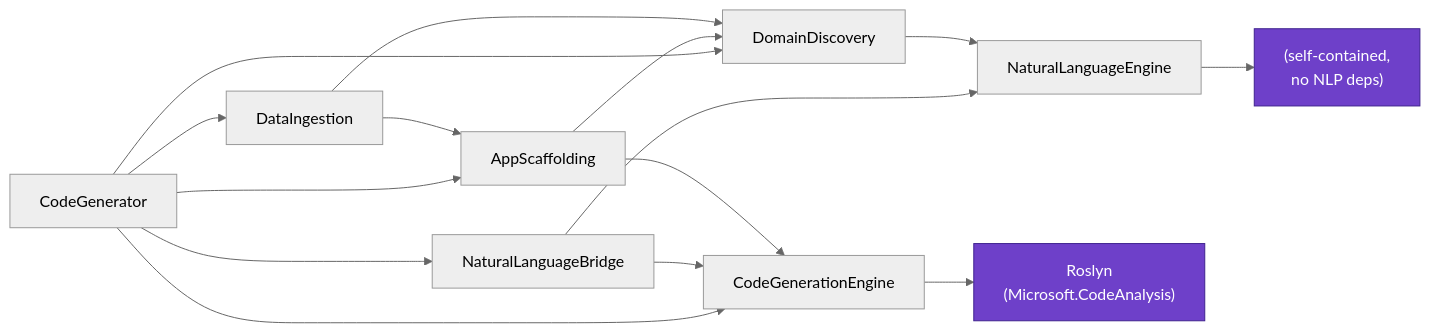
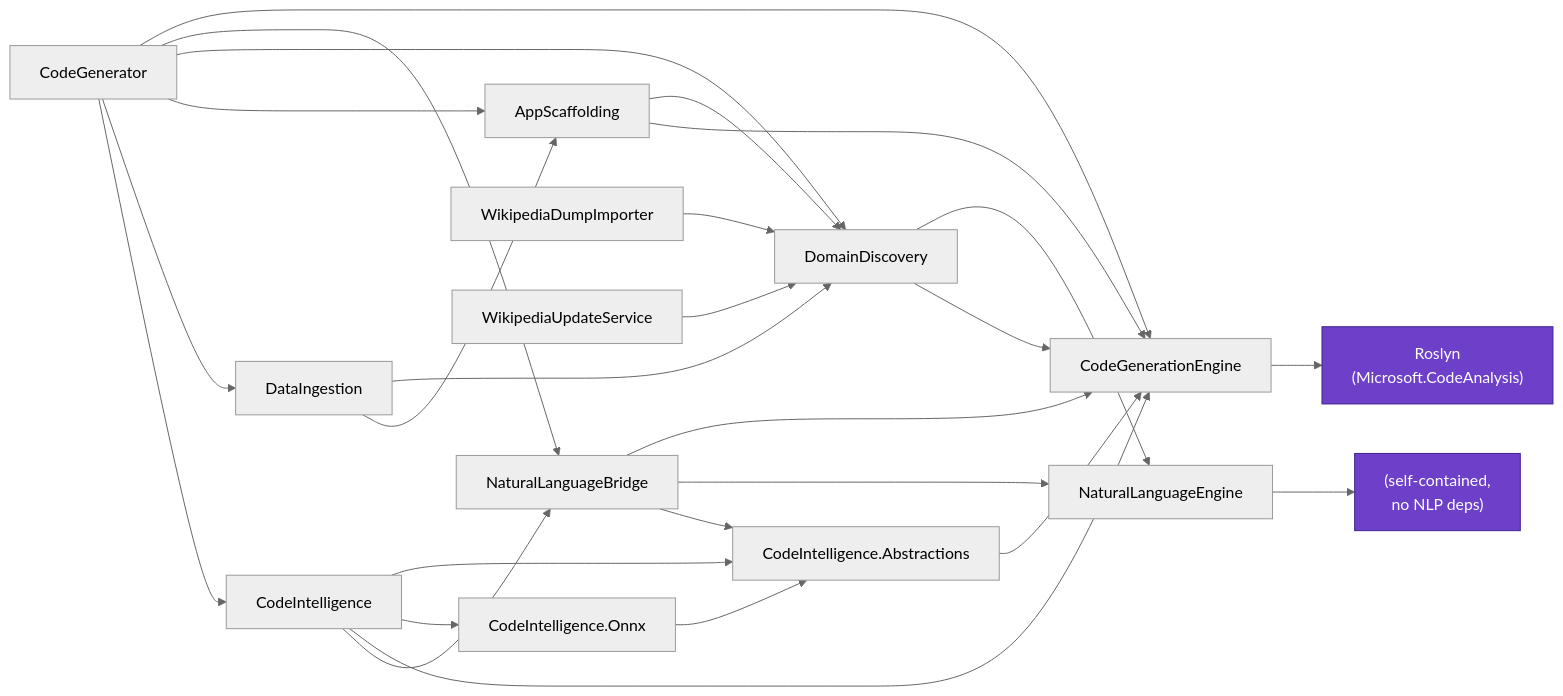
The third of 7 diagrams in docs/architecture.md (rohit-sharma444/SmartCodeGenerator), drawn with Mermaid (neutral theme) before and after one commit. The commit also changed other lines of this file, not shown here.

First line of the commit message:
docs(architecture): add Ollama, the built-in domains and the AI layer

````diff
--- a/docs/architecture.md
+++ b/docs/architecture.md
@@ -236,20 +277,31 @@
 ```mermaid
 flowchart LR
     CodeGenerator --> CodeGenerationEngine
     CodeGenerator --> NaturalLanguageBridge
     CodeGenerator --> DomainDiscovery
     CodeGenerator --> AppScaffolding
     CodeGenerator --> DataIngestion
+    CodeGenerator --> CodeIntelligence
     NaturalLanguageBridge --> CodeGenerationEngine
     NaturalLanguageBridge --> NaturalLanguageEngine
+    NaturalLanguageBridge --> CodeIntelligence.Abstractions
+    CodeIntelligence --> CodeIntelligence.Abstractions
+    CodeIntelligence --> CodeIntelligence.Onnx
+    CodeIntelligence --> CodeGenerationEngine
+    CodeIntelligence --> NaturalLanguageBridge
+    CodeIntelligence.Onnx --> CodeIntelligence.Abstractions
+    CodeIntelligence.Abstractions --> CodeGenerationEngine
     DomainDiscovery --> NaturalLanguageEngine
+    DomainDiscovery --> CodeGenerationEngine
+    WikipediaDumpImporter --> DomainDiscovery
+    WikipediaUpdateService --> DomainDiscovery
     AppScaffolding --> DomainDiscovery
     AppScaffolding --> CodeGenerationEngine
     DataIngestion --> DomainDiscovery
     DataIngestion --> AppScaffolding
     CodeGenerationEngine --> Roslyn["Roslyn<br/>(Microsoft.CodeAnalysis)"]
     NaturalLanguageEngine --> selfcontained["(self-contained,<br/>no NLP deps)"]
 
     classDef ext fill:#6e40c9,stroke:#3f228f,color:#fff
     class Roslyn,selfcontained ext
 ```
````
